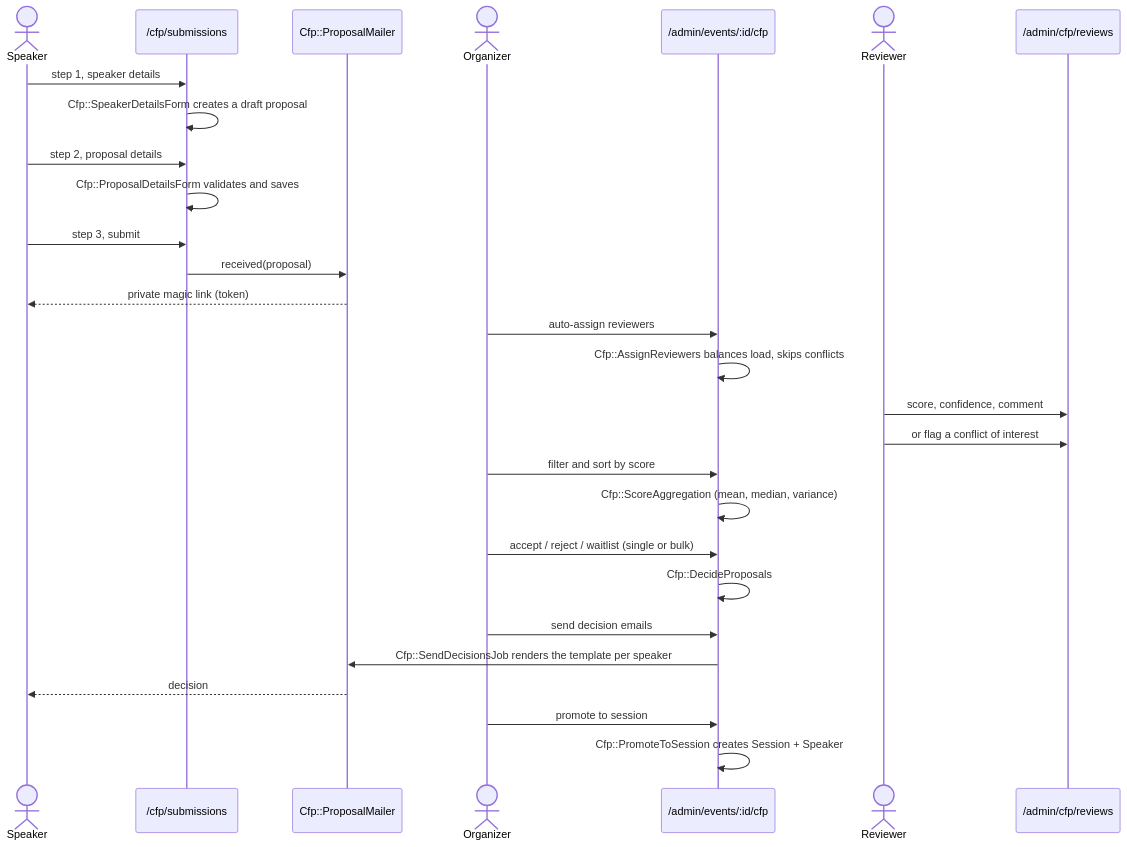
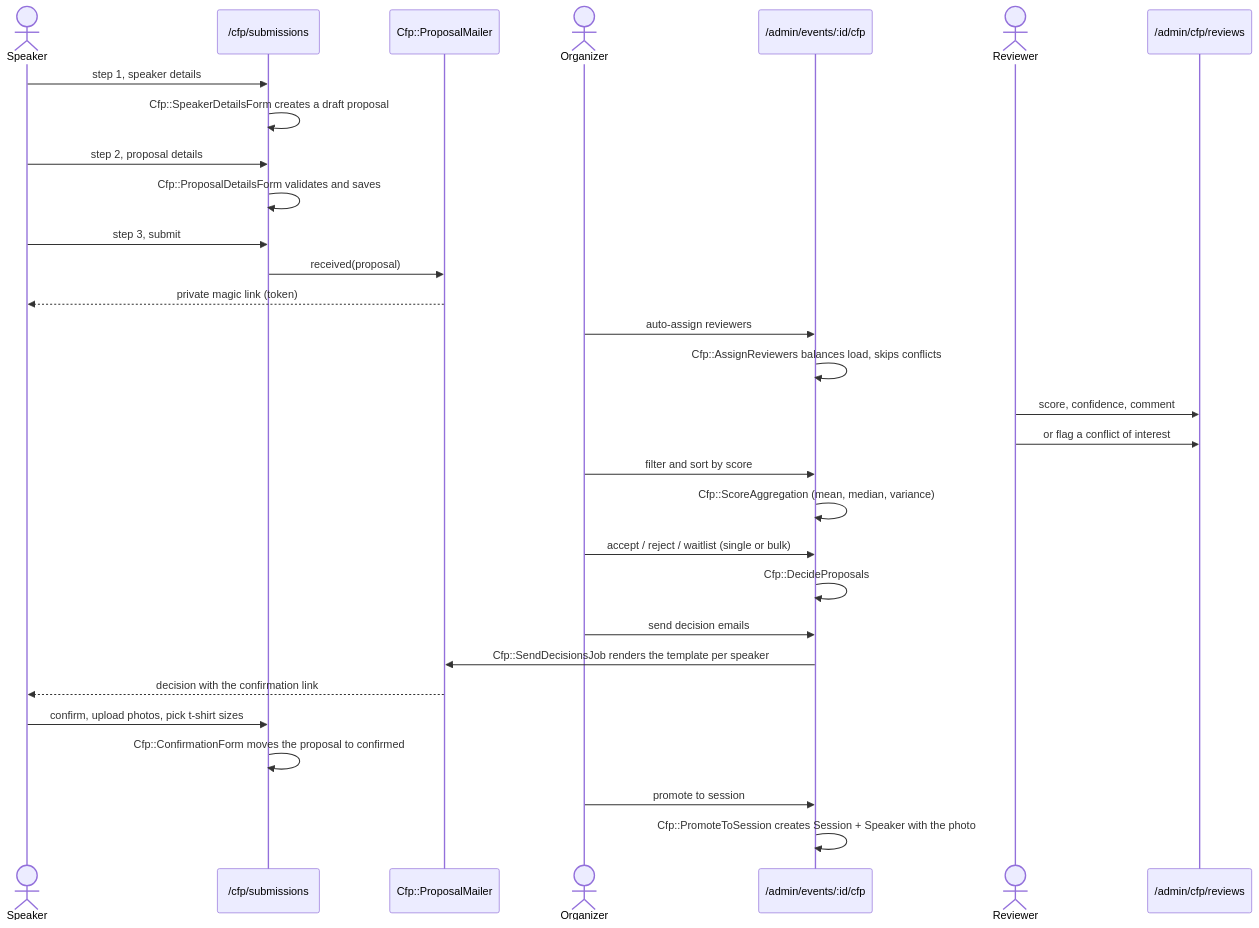
The second of 3 diagrams in docs/cfp.md (RStankov/ConferenceBox), drawn with Mermaid before and after one commit. The commit also changed other lines of this file and 5 other files, not shown here.

Commit message:
Send the confirmation link and carry photos into the schedule

````diff
--- a/docs/cfp.md
+++ b/docs/cfp.md
@@ -52,34 +52,37 @@
 ```mermaid
 sequenceDiagram
     actor Speaker
     participant Public as /cfp/submissions
     participant Mailer as Cfp::ProposalMailer
     actor Organizer
     participant Admin as /admin/events/:id/cfp
     actor Reviewer
     participant Queue as /admin/cfp/reviews
 
     Speaker->>Public: step 1, speaker details
     Public->>Public: Cfp::SpeakerDetailsForm creates a draft proposal
     Speaker->>Public: step 2, proposal details
     Public->>Public: Cfp::ProposalDetailsForm validates and saves
     Speaker->>Public: step 3, submit
     Public->>Mailer: received(proposal)
     Mailer-->>Speaker: private magic link (token)
 
     Organizer->>Admin: auto-assign reviewers
     Admin->>Admin: Cfp::AssignReviewers balances load, skips conflicts
     Reviewer->>Queue: score, confidence, comment
     Reviewer->>Queue: or flag a conflict of interest
 
     Organizer->>Admin: filter and sort by score
     Admin->>Admin: Cfp::ScoreAggregation (mean, median, variance)
     Organizer->>Admin: accept / reject / waitlist (single or bulk)
     Admin->>Admin: Cfp::DecideProposals
     Organizer->>Admin: send decision emails
     Admin->>Mailer: Cfp::SendDecisionsJob renders the template per speaker
-    Mailer-->>Speaker: decision
+    Mailer-->>Speaker: decision with the confirmation link
+
+    Speaker->>Public: confirm, upload photos, pick t-shirt sizes
+    Public->>Public: Cfp::ConfirmationForm moves the proposal to confirmed
 
     Organizer->>Admin: promote to session
-    Admin->>Admin: Cfp::PromoteToSession creates Session + Speaker
+    Admin->>Admin: Cfp::PromoteToSession creates Session + Speaker with the photo
 ```
````
